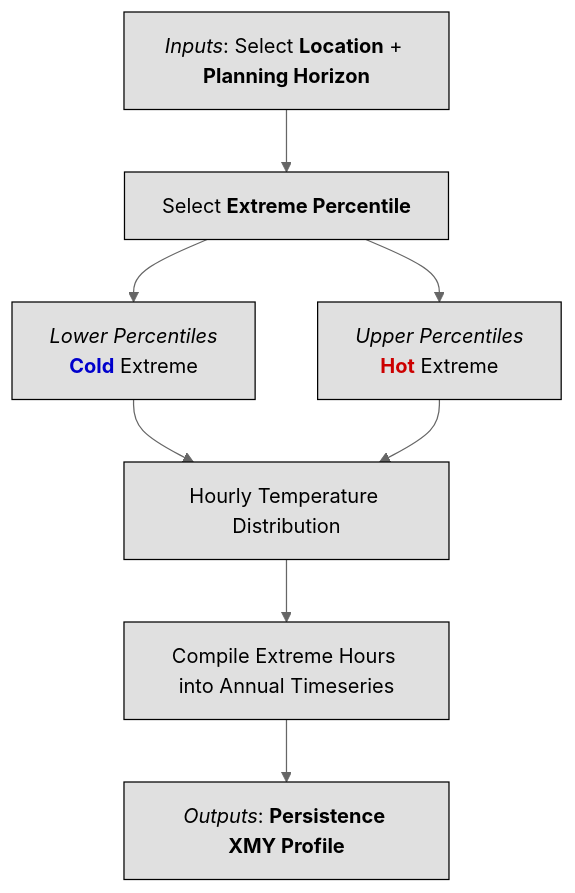
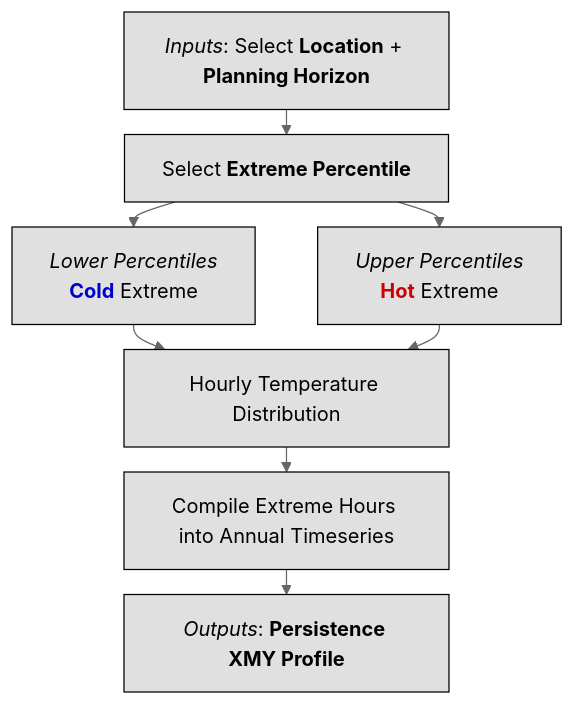
The second of 2 diagrams in scientific-guidance/climate_profiles/extreme-met-year.qmd (cal-adapt/cal-adapt-guidance), drawn with Mermaid (neutral theme) before and after one commit. The commit also changed other lines of this file and 2 other files, not shown here.

````diff
--- a/scientific-guidance/climate_profiles/extreme-met-year.qmd
+++ b/scientific-guidance/climate_profiles/extreme-met-year.qmd
@@ -153,25 +172,26 @@
 ```{mermaid}
+%%{init: {'flowchart': {'rankSpacing': 20}}}%%
 flowchart TD
     A["<i>Inputs</i>: Select <b>Location</b> + <b>Planning Horizon</b>"]
     B["Select <b>Extreme Percentile</b>"]
     C["<i><span style='color:#000000'>Lower Percentiles</span></i><br><b><span style='color:#0000cc'>Cold</span></b><span style='color:#000000'> Extreme</span>"]
     D["<i><span style='color:#000000'>Upper Percentiles</span></i><br><b><span style='color:#cc0000'>Hot</span></b><span style='color:#000000'> Extreme</span>"]
     E["Hourly Temperature Distribution"]
     F["Compile Extreme Hours into Annual Timeseries"]
     G["<i>Outputs</i>: <b>Persistence XMY Profile</b>"]
 
     A --> B
     B --> C
     B --> D
     C --> E
     D --> E
     E --> F
     F --> G
 
     classDef default fill:#e0e0e0,stroke:#000000
     style A color:#000000
     style B color:#000000
     style E color:#000000
     style F color:#000000
     style G color:#000000
 ```
````
